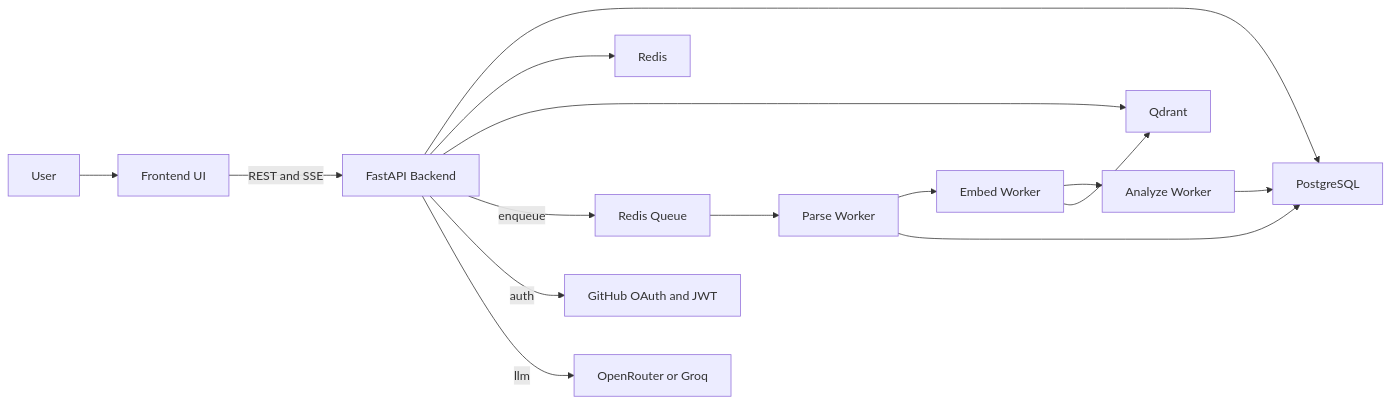
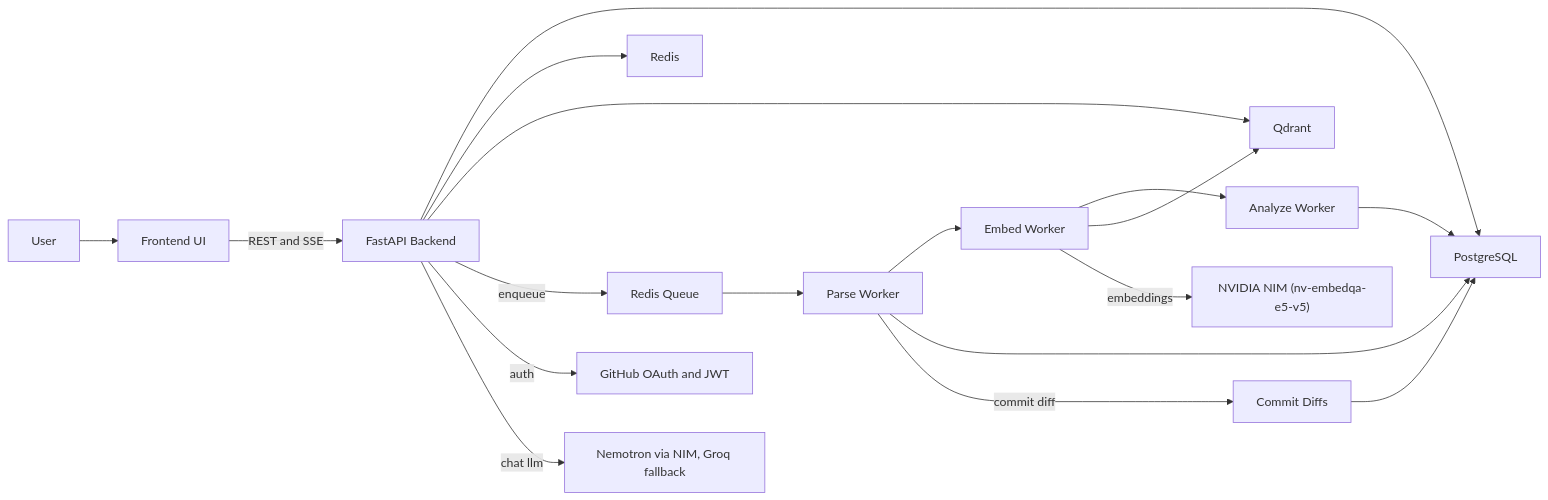
Before and after one commit to atikulmunna/devlens-fullstack: the diagram in README.md, drawn with Mermaid. The commit also changed other lines of this file and 56 other files, not shown here.

First line of the commit message:
Model-backed retrieval, streaming chat, commit-diff intelligence, and frontend consolidation (#79)

````diff
--- a/README.md
+++ b/README.md
@@ -39,21 +40,24 @@
 ```mermaid
 flowchart LR
   user["User"] --> frontend["Frontend UI"]
   frontend -->|REST and SSE| backend["FastAPI Backend"]
 
   backend --> postgres["PostgreSQL"]
   backend --> redis["Redis"]
   backend --> qdrant["Qdrant"]
 
   backend -->|enqueue| queue["Redis Queue"]
   queue --> parse["Parse Worker"]
   parse --> embed["Embed Worker"]
   embed --> analyze["Analyze Worker"]
 
   parse --> postgres
+  parse -->|commit diff| diff["Commit Diffs"]
+  diff --> postgres
   embed --> qdrant
   analyze --> postgres
 
+  embed -->|embeddings| nim["NVIDIA NIM (nv-embedqa-e5-v5)"]
   backend -->|auth| auth["GitHub OAuth and JWT"]
-  backend -->|llm| llm["OpenRouter or Groq"]
+  backend -->|chat llm| llm["Nemotron via NIM, Groq fallback"]
 ```
````
